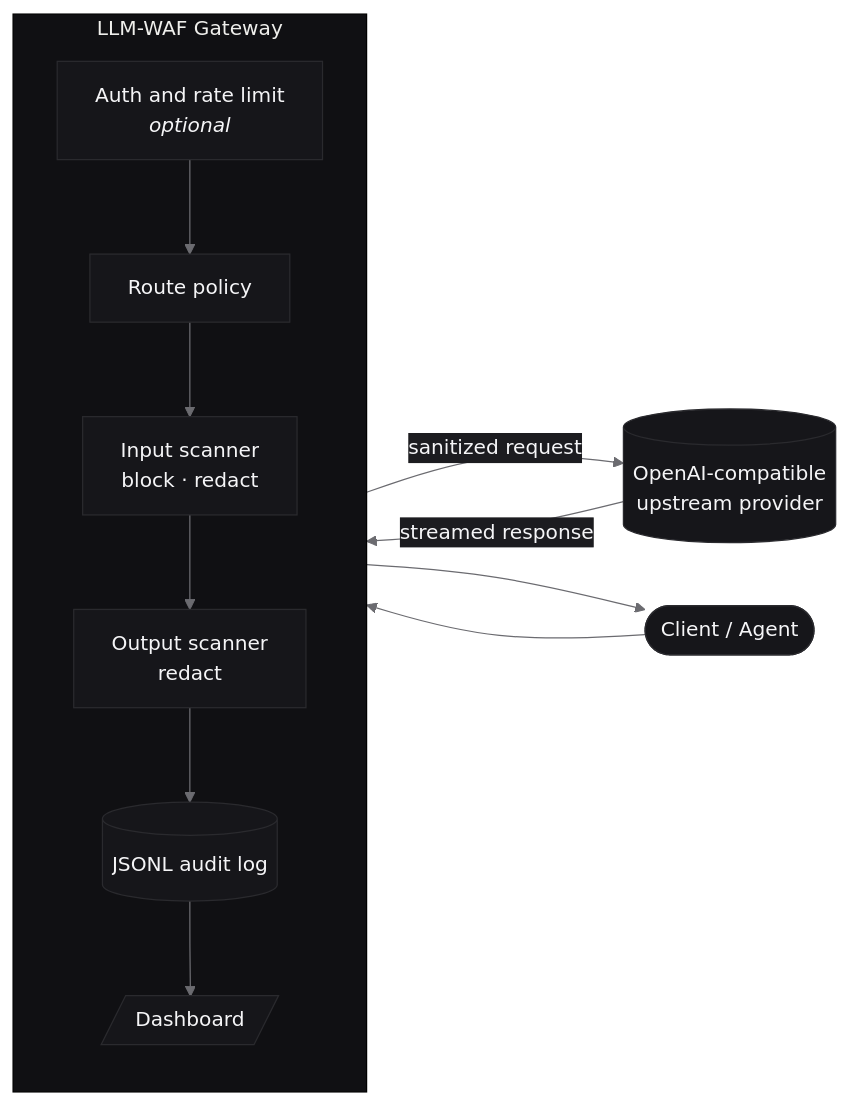
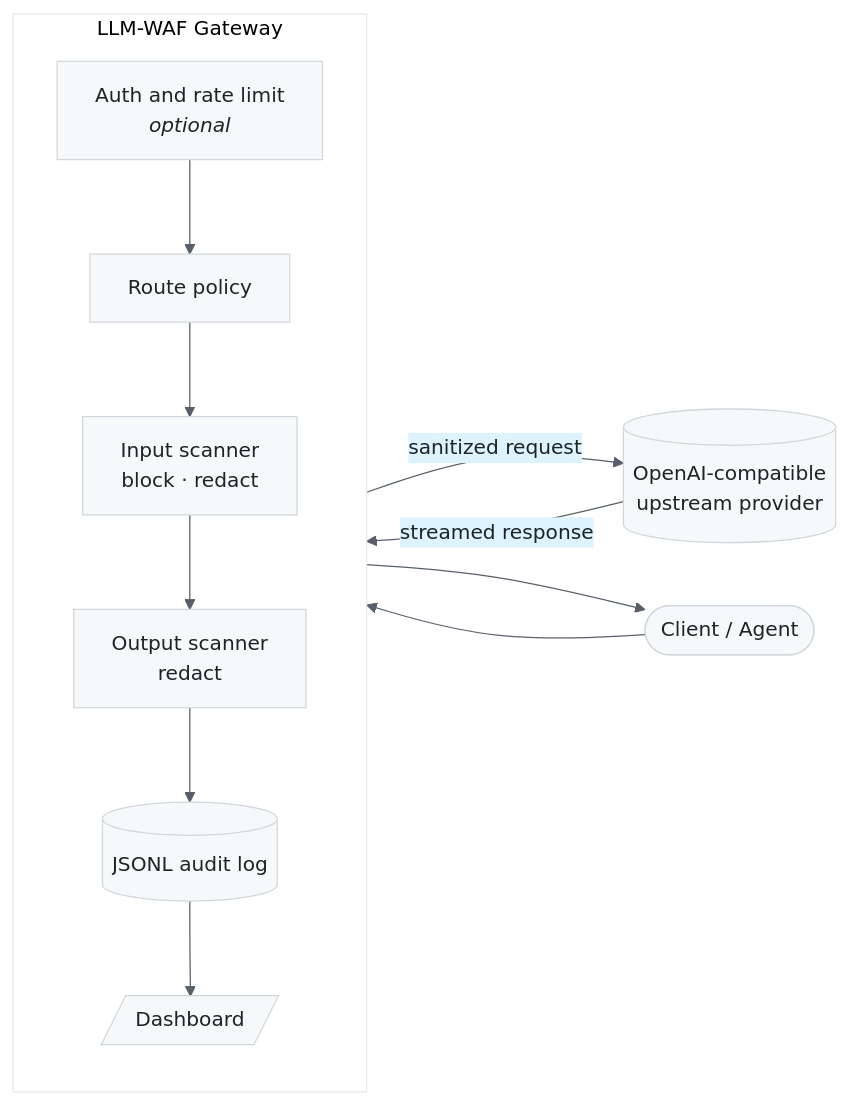
One commit to yushui2022/LLM-WAF changed the first of 3 diagrams in README.md. Above: the diagram before and after it, drawn with Mermaid. The commit also changed other lines of this file and 6 other files, not shown here.

````diff
--- a/README.md
+++ b/README.md
@@ -233,30 +250,30 @@
 ```mermaid
 %%{init: {'theme':'base','themeVariables':{
-  'background':'#0a0a0b',
-  'primaryColor':'#16161a',
-  'primaryTextColor':'#f5f5f7',
-  'primaryBorderColor':'#2a2a2e',
-  'lineColor':'#6b6b70',
-  'secondaryColor':'#1c1c20',
-  'tertiaryColor':'#101013',
+  'background':'#ffffff',
+  'primaryColor':'#f6f8fa',
+  'primaryTextColor':'#1f2328',
+  'primaryBorderColor':'#d0d7de',
+  'lineColor':'#57606a',
+  'secondaryColor':'#ddf4ff',
+  'tertiaryColor':'#ffffff',
   'fontFamily':'ui-sans-serif, -apple-system, Segoe UI, sans-serif'
 }}}%%
 flowchart LR
     A([Client / Agent]) --> G[LLM-WAF Gateway]
 
     subgraph G [LLM-WAF Gateway]
       direction TB
       AUTH[Auth and rate limit<br/><i>optional</i>]
       POL[Route policy]
       IN[Input scanner<br/>block · redact]
       OUT[Output scanner<br/>redact]
       LOG[(JSONL audit log)]
       DASH[/Dashboard/]
       AUTH --> POL --> IN --> OUT
       OUT --> LOG --> DASH
     end
 
     G -->|sanitized request| U[(OpenAI-compatible<br/>upstream provider)]
     U -->|streamed response| G
     G --> A
 ```
````
